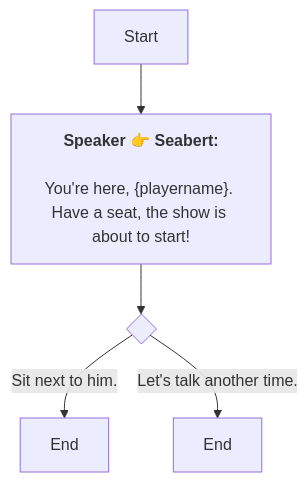
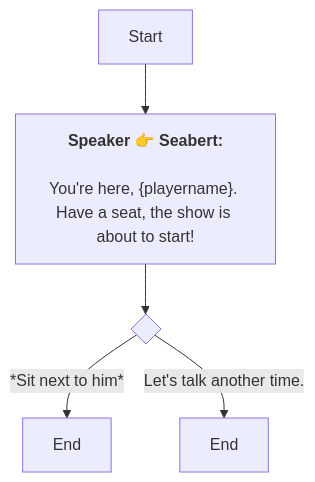
Before and after one commit to SoftHu/tos_avg: the diagram in En/QuestStartTalkENode_1753932806842204.md, drawn with Mermaid. The commit also changed 312 other files, not shown here.

````diff
--- a/En/QuestStartTalkENode_1753932806842204.md
+++ b/En/QuestStartTalkENode_1753932806842204.md
@@ -1,10 +1,10 @@
 ```mermaid
 graph
 Start -->1753932836608863[<b>Speaker 👉 Seabert:</b>
 
 You're here, &lbrace;playername&rbrace;. Have a seat, the show is about to start!]
 1753932836608863 -->1753932882727777{ }
-1753932882727777 -->|Sit next to him.|1753933123549030[End]
+1753932882727777 -->|*Sit next to him*|1753933123549030[End]
 1753932882727777 -->|Let's talk another time.|1753933129887591[End]
 
  ```
````
